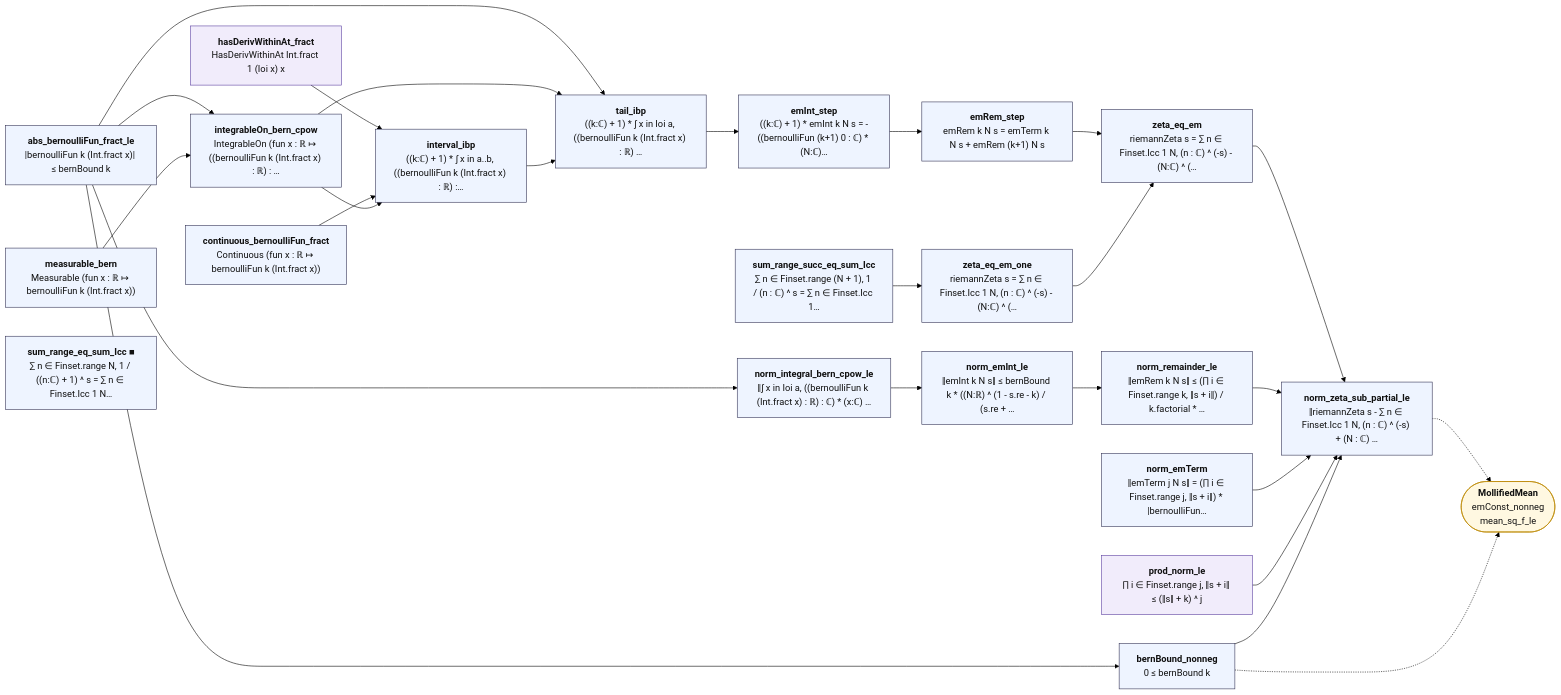
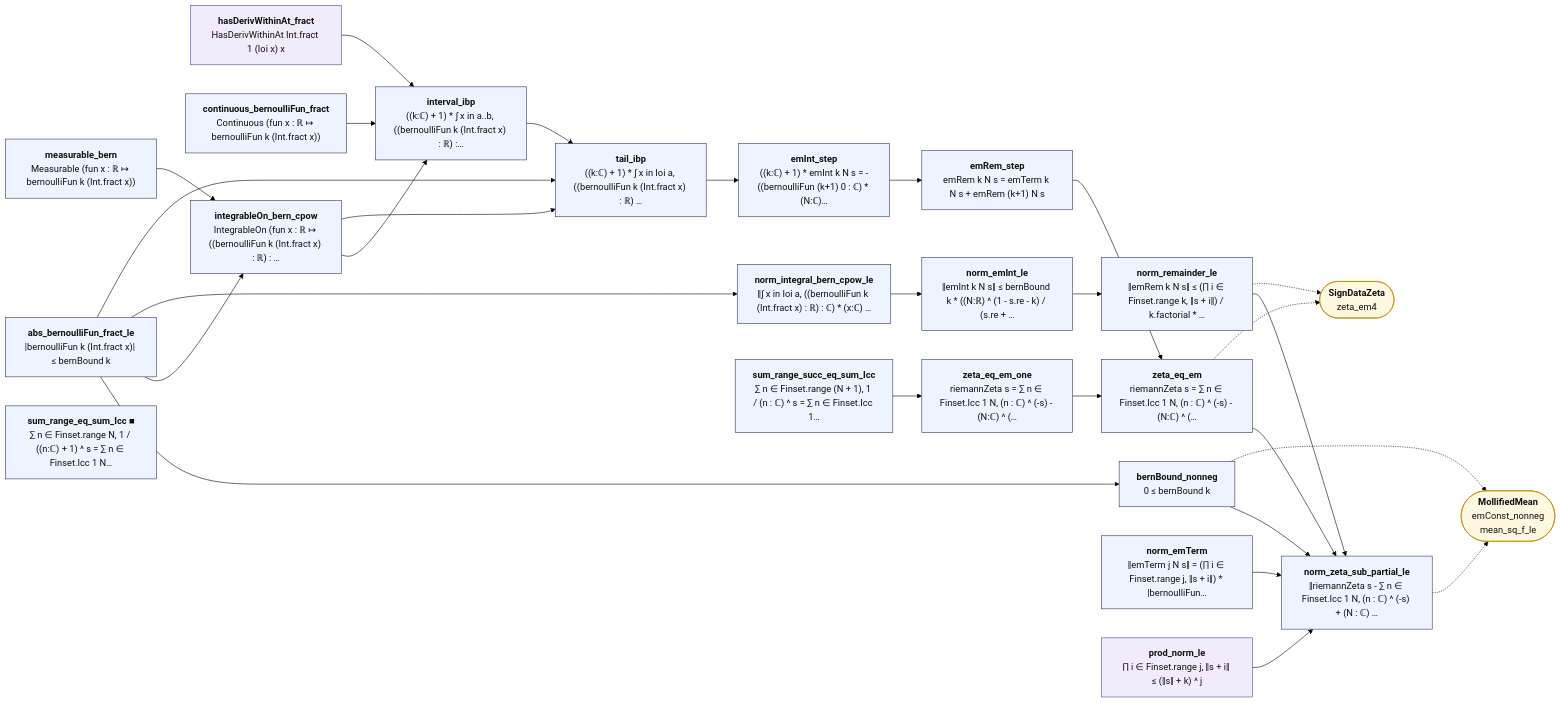
Before and after one commit to juliansambranojr/Primebeat_081426: the diagram in map/lean_stage3/ZetaEM.md, drawn with Mermaid (forest theme). The commit also changed other lines of this file and 180 other files, not shown here.

````diff
--- a/map/lean_stage3/ZetaEM.md
+++ b/map/lean_stage3/ZetaEM.md
@@ -12,56 +12,59 @@
 ```mermaid
 flowchart LR
   n0["<b>hasDerivWithinAt_fract</b><br/>HasDerivWithinAt Int.fract 1 (Ioi x) x"]:::shp
   n1["<b>continuous_bernoulliFun_fract</b><br/>Continuous (fun x : ℝ ↦ bernoulliFun k (Int.fract x))"]:::thm
   n2["<b>abs_bernoulliFun_fract_le</b><br/>|bernoulliFun k (Int.fract x)| ≤ bernBound k"]:::thm
   n3["<b>bernBound_nonneg</b><br/>0 ≤ bernBound k"]:::thm
   n4["<b>measurable_bern</b><br/>Measurable (fun x : ℝ ↦ bernoulliFun k (Int.fract x))"]:::thm
   n5["<b>integrableOn_bern_cpow</b><br/>IntegrableOn (fun x : ℝ ↦ ((bernoulliFun k (Int.fract x) : ℝ) : …"]:::thm
   n6["<b>norm_integral_bern_cpow_le</b><br/>‖∫ x in Ioi a, ((bernoulliFun k (Int.fract x) : ℝ) : ℂ) * (x:ℂ) …"]:::thm
   n7["<b>interval_ibp</b><br/>((k:ℂ) + 1) * ∫ x in a..b, ((bernoulliFun k (Int.fract x) : ℝ) :…"]:::thm
   n8["<b>tail_ibp</b><br/>((k:ℂ) + 1) * ∫ x in Ioi a, ((bernoulliFun k (Int.fract x) : ℝ) …"]:::thm
   n9["<b>emInt_step</b><br/>((k:ℂ) + 1) * emInt k N s = -((bernoulliFun (k+1) 0 : ℂ) * (N:ℂ)…"]:::thm
   n10["<b>emRem_step</b><br/>emRem k N s = emTerm k N s + emRem (k+1) N s"]:::thm
   n11["<b>sum_range_succ_eq_sum_Icc</b><br/>∑ n ∈ Finset.range (N + 1), 1 / (n : ℂ) ^ s = ∑ n ∈ Finset.Icc 1…"]:::thm
   n12["<b>sum_range_eq_sum_Icc ■</b><br/>∑ n ∈ Finset.range N, 1 / ((n:ℂ) + 1) ^ s = ∑ n ∈ Finset.Icc 1 N…"]:::thm
   n13["<b>zeta_eq_em_one</b><br/>riemannZeta s = ∑ n ∈ Finset.Icc 1 N, (n : ℂ) ^ (-s) - (N:ℂ) ^ (…"]:::thm
   n14["<b>zeta_eq_em</b><br/>riemannZeta s = ∑ n ∈ Finset.Icc 1 N, (n : ℂ) ^ (-s) - (N:ℂ) ^ (…"]:::thm
   n15["<b>norm_emInt_le</b><br/>‖emInt k N s‖ ≤ bernBound k * ((N:ℝ) ^ (1 - s.re - k) / (s.re + …"]:::thm
   n16["<b>norm_remainder_le</b><br/>‖emRem k N s‖ ≤ (∏ i ∈ Finset.range k, ‖s + i‖) / k.factorial * …"]:::thm
   n17["<b>norm_emTerm</b><br/>‖emTerm j N s‖ = (∏ i ∈ Finset.range j, ‖s + i‖) * |bernoulliFun…"]:::thm
   n18["<b>prod_norm_le</b><br/>∏ i ∈ Finset.range j, ‖s + i‖ ≤ (‖s‖ + k) ^ j"]:::shp
   n19["<b>norm_zeta_sub_partial_le</b><br/>‖riemannZeta s - ∑ n ∈ Finset.Icc 1 N, (n : ℂ) ^ (-s) + (N : ℂ) …"]:::thm
   x0(["<b>MollifiedMean</b><br/>emConst_nonneg<br/>mean_sq_f_le"]):::ext
+  x1(["<b>SignDataZeta</b><br/>zeta_em4"]):::ext
   n0 --> n7
   n1 --> n7
   n10 --> n14
   n11 --> n13
   n13 --> n14
   n14 --> n19
   n15 --> n16
   n16 --> n19
   n17 --> n19
   n18 --> n19
   n2 --> n3
   n2 --> n5
   n2 --> n6
   n2 --> n8
   n3 --> n19
   n4 --> n5
   n5 --> n7
   n5 --> n8
   n6 --> n15
   n7 --> n8
   n8 --> n9
   n9 --> n10
+  n14 -.-> x1
+  n16 -.-> x1
   n19 -.-> x0
   n3 -.-> x0
   classDef cnt fill:#dff5ec,stroke:#17694a,color:#111
   classDef shp fill:#f1ecfb,stroke:#5b3fa0,color:#111
   classDef rh fill:#ffe5e5,stroke:#c22,color:#111,stroke-width:2px
   classDef thm fill:#eef4ff,stroke:#335,color:#111
   classDef end_ fill:#e7f7e7,stroke:#2a7,color:#111,stroke-width:2px
   classDef lone fill:#fff,stroke:#999,color:#111,stroke-dasharray:4 3
   classDef bad fill:#ffe5e5,stroke:#c22,color:#111,stroke-width:2px
   classDef ext fill:#fff8e1,stroke:#b80,color:#111
 ```
````
